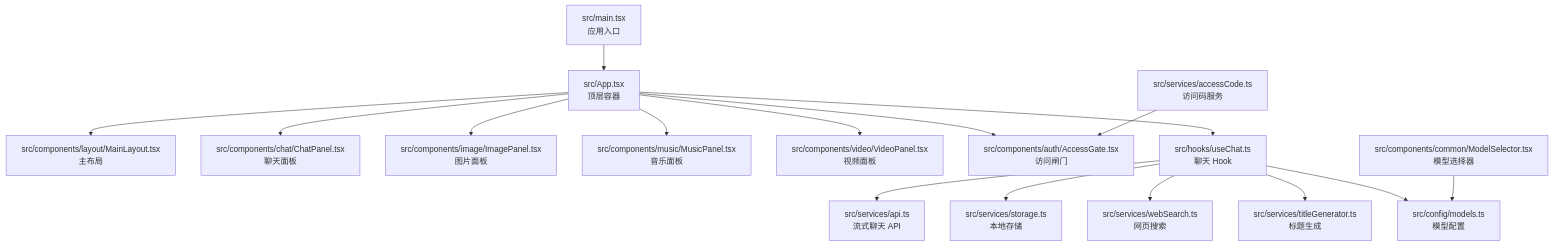
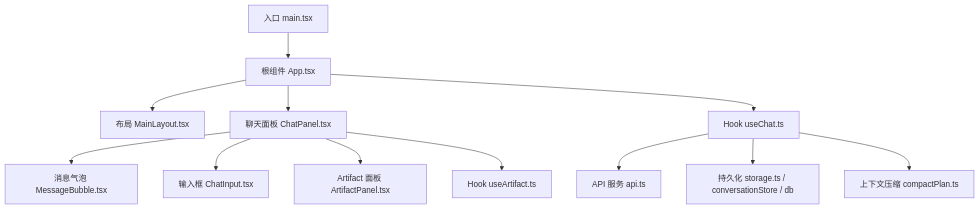
One commit to billye220670/AIShop changed the first of 7 diagrams in .qoder/repowiki/zh/content/架构设计/架构设计.md. Above: the diagram before and after it, drawn with Mermaid. The commit also changed other lines of this file and 135 other files, not shown here.

````diff
--- a/.qoder/repowiki/zh/content/架构设计/架构设计.md
+++ b/.qoder/repowiki/zh/content/架构设计/架构设计.md
@@ -50,18 +52,14 @@
 ```mermaid
 graph TB
-A["src/main.tsx<br/>应用入口"] --> B["src/App.tsx<br/>顶层容器"]
-B --> C["src/components/layout/MainLayout.tsx<br/>主布局"]
-B --> D["src/components/chat/ChatPanel.tsx<br/>聊天面板"]
-B --> E["src/components/image/ImagePanel.tsx<br/>图片面板"]
-B --> F["src/components/music/MusicPanel.tsx<br/>音乐面板"]
-B --> G["src/components/video/VideoPanel.tsx<br/>视频面板"]
-B --> H["src/components/auth/AccessGate.tsx<br/>访问闸门"]
-B --> I["src/hooks/useChat.ts<br/>聊天 Hook"]
-I --> J["src/services/api.ts<br/>流式聊天 API"]
-I --> K["src/services/storage.ts<br/>本地存储"]
-I --> L["src/services/webSearch.ts<br/>网页搜索"]
-I --> M["src/services/titleGenerator.ts<br/>标题生成"]
-I --> N["src/config/models.ts<br/>模型配置"]
-O["src/components/common/ModelSelector.tsx<br/>模型选择器"] --> N
-P["src/services/accessCode.ts<br/>访问码服务"] --> H
+A["入口 main.tsx"] --> B["根组件 App.tsx"]
+B --> C["布局 MainLayout.tsx"]
+B --> D["聊天面板 ChatPanel.tsx"]
+D --> E["消息气泡 MessageBubble.tsx"]
+D --> F["输入框 ChatInput.tsx"]
+B --> G["Hook useChat.ts"]
+G --> H["API 服务 api.ts"]
+G --> I["持久化 storage.ts / conversationStore / db"]
+G --> J["上下文压缩 compactPlan.ts"]
+D --> K["Artifact 面板 ArtifactPanel.tsx"]
+D --> L["Hook useArtifact.ts"]
 ```
````
